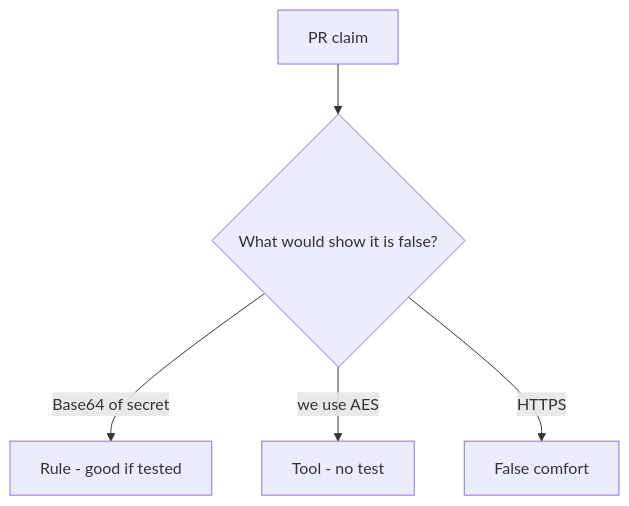
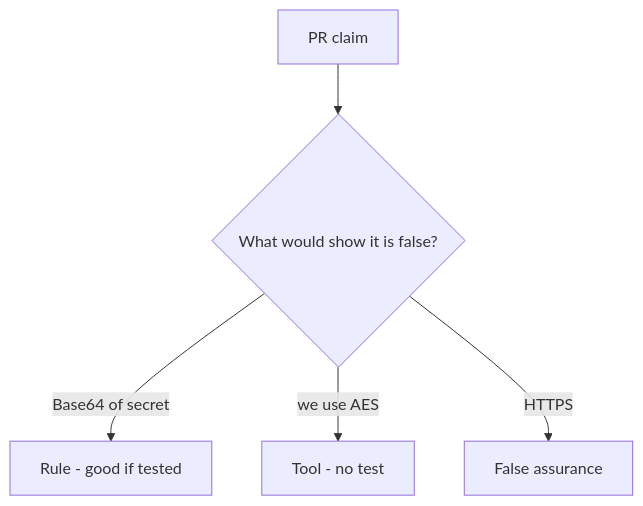
The diagram in content/modules/5/5.2/lessons/08-review.md (ishitvagoel/LearnSecurity), drawn with Mermaid before and after one commit. The commit also changed other lines of this file and 240 other files, not shown here.

````diff
--- a/content/modules/5/5.2/lessons/08-review.md
+++ b/content/modules/5/5.2/lessons/08-review.md
@@ -18,7 +18,7 @@
 ```mermaid
 flowchart TD
   Claim[PR claim] --> Q{"What would show it is false?"}
   Q -->|"Base64 of secret"| Property["Rule - good if tested"]
   Q -->|"we use AES"| Mechanism[Tool - no test]
-  Q -->|"HTTPS"| False[False comfort]
+  Q -->|"HTTPS"| False[False assurance]
 ```
````
